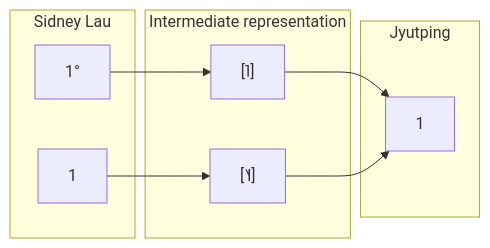
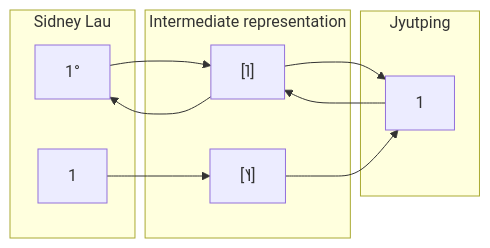
The fifth of 5 diagrams in README.md (tommycs127/yumcha), drawn with Mermaid before and after one commit. The commit also changed other lines of this file, not shown here.

````diff
--- a/README.md
+++ b/README.md
@@ -456,21 +451,23 @@
 ```mermaid
 graph LR
     subgraph SL ["Sidney Lau"]
         SL_HFLAT["1°"]
         SL_HFALL["1"]
     end
 
     subgraph IR ["Intermediate representation"]
         IR_HFLAT["[˥]"]
         IR_HFALL["[˥˧]"]
     end
 
     subgraph JP ["Jyutping"]
         JP_HFLAT["1"]
     end
 
     SL_HFLAT --> IR_HFLAT
     SL_HFALL --> IR_HFALL
     IR_HFLAT --> JP_HFLAT
     IR_HFALL --> JP_HFLAT
+    JP_HFLAT --> IR_HFLAT
+    IR_HFLAT --> SL_HFLAT
 ```
````
